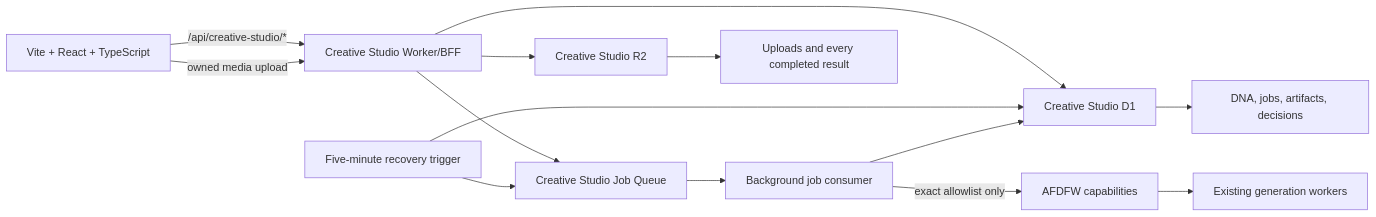
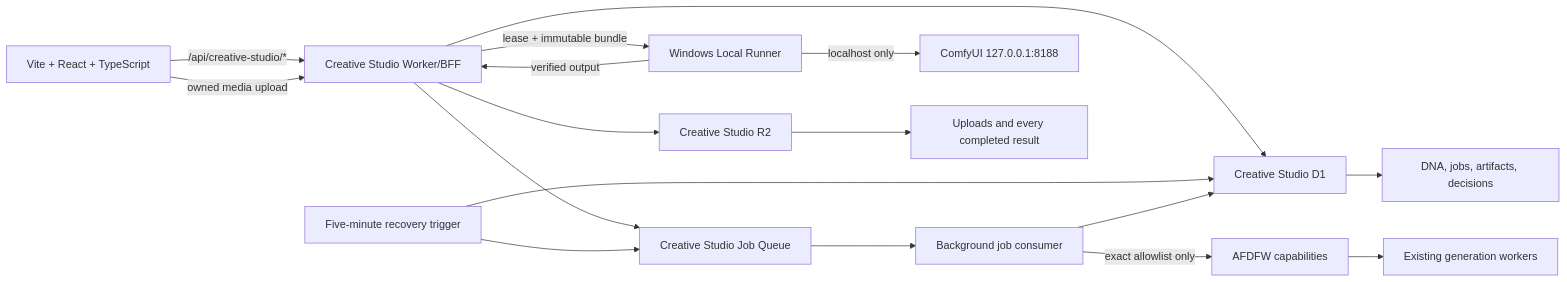
The diagram in docs/ARCHITECTURE.md (AngeloTobo/Creative-Studio), drawn with Mermaid before and after one commit. The commit also changed other lines of this file and 40 other files, not shown here.

Commit message:
Add Local Runner v1

````diff
--- a/docs/ARCHITECTURE.md
+++ b/docs/ARCHITECTURE.md
@@ -5,16 +5,19 @@
 ```mermaid
 flowchart LR
   UI["Vite + React + TypeScript"] -->|"/api/creative-studio/*"| BFF["Creative Studio Worker/BFF"]
   BFF --> D1["Creative Studio D1"]
   BFF --> Q["Creative Studio Job Queue"]
   CRON["Five-minute recovery trigger"] --> D1
   CRON --> Q
   Q --> WORKER["Background job consumer"]
   WORKER --> D1
   BFF --> R2["Creative Studio R2"]
   UI -->|"owned media upload"| BFF
   WORKER -->|"exact allowlist only"| AF["AFDFW capabilities"]
   AF --> GEN["Existing generation workers"]
+  BFF -->|"lease + immutable bundle"| LR["Windows Local Runner"]
+  LR -->|"localhost only"| COMFY["ComfyUI 127.0.0.1:8188"]
+  LR -->|"verified output"| BFF
   D1 --> HIST["DNA, jobs, artifacts, decisions"]
   R2 --> MEDIA["Uploads and every completed result"]
 ```
````
